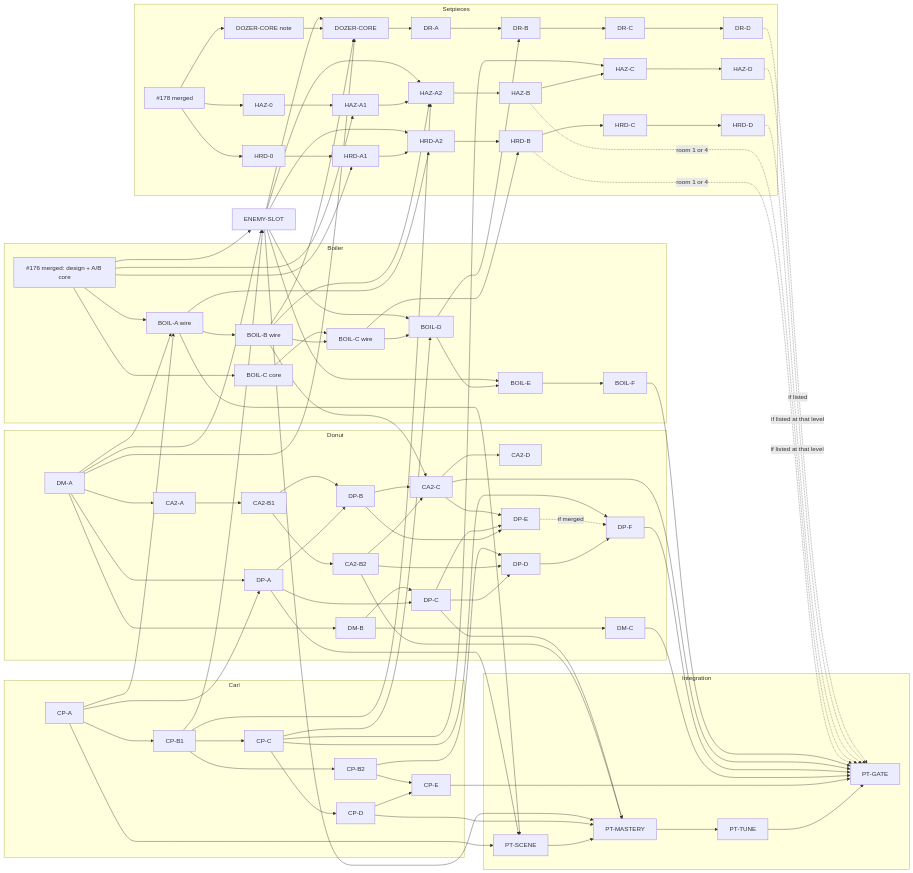
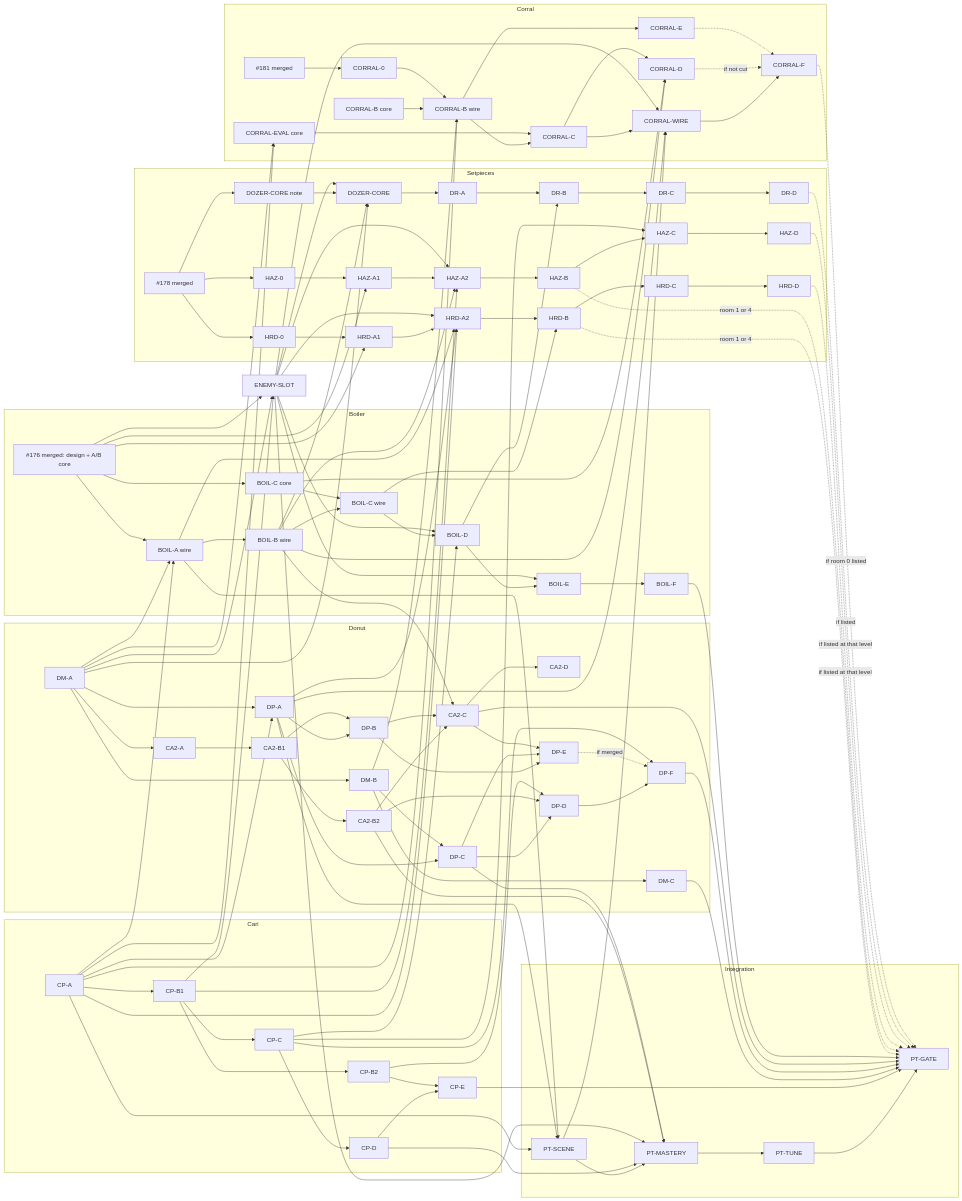
Before and after one commit to pando85/dungeon-floorbreak: the diagram in docs/07-agents/f01-playtest-integration-plan.md, drawn with Mermaid. The commit also changed other lines of this file, not shown here.

First line of the commit message:
docs(plan): F01 playtest plan Revision 3, Infernal Corral integration (#181)

````diff
--- a/docs/07-agents/f01-playtest-integration-plan.md
+++ b/docs/07-agents/f01-playtest-integration-plan.md
@@ -271,6 +279,8 @@
   P176-->ZA1
   ES-->HA2
   BAw-->HA2
+  CPA-->HA2
+  DPA-->HA2
   BCw-->HB
   ES-->ZA2
   CPB1-->ZA2
@@ -300,4 +310,25 @@
   HD-.->|if listed at that level|PTG
   ZD-.->|if listed at that level|PTG
   DRD-.->|if listed|PTG
+  subgraph Corral
+    P181[#181 merged]-->C0[CORRAL-0]
+    CEc[CORRAL-EVAL core]
+    CBc[CORRAL-B core]-->CBw[CORRAL-B wire]-->CC[CORRAL-C]-->CWI[CORRAL-WIRE]-->CF[CORRAL-F]
+    CC-->CD[CORRAL-D]
+    CBw-->CE[CORRAL-E]
+  end
+  C0-->CBw
+  DMA-->CEc
+  CPA-->CEc
+  DMB-->CBw
+  CPA-->CBw
+  CEc-->CC
+  PTS-->CWI
+  ES-->CWI
+  DPA-->CWI
+  BBw-->CD
+  BCc-->CD
+  CD-.->|if not cut|CF
+  CE-.->CF
+  CF-.->|if room 0 listed|PTG
 ```
````
